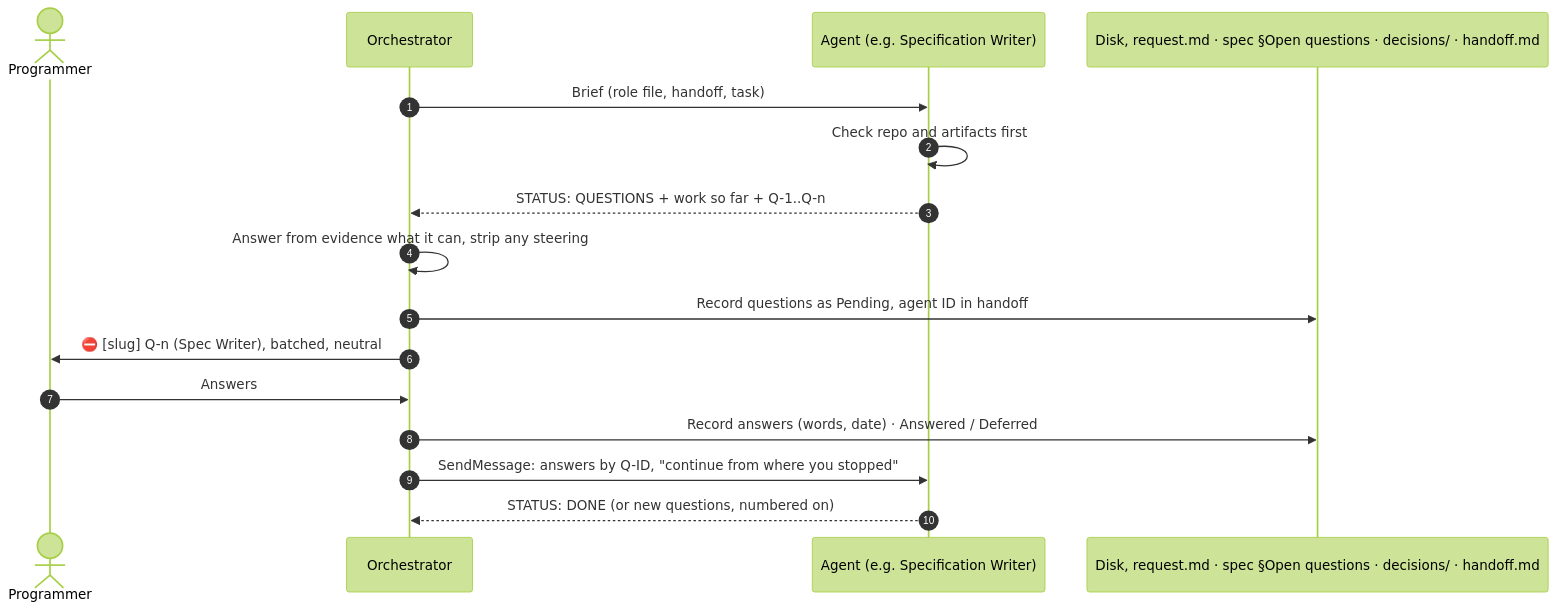
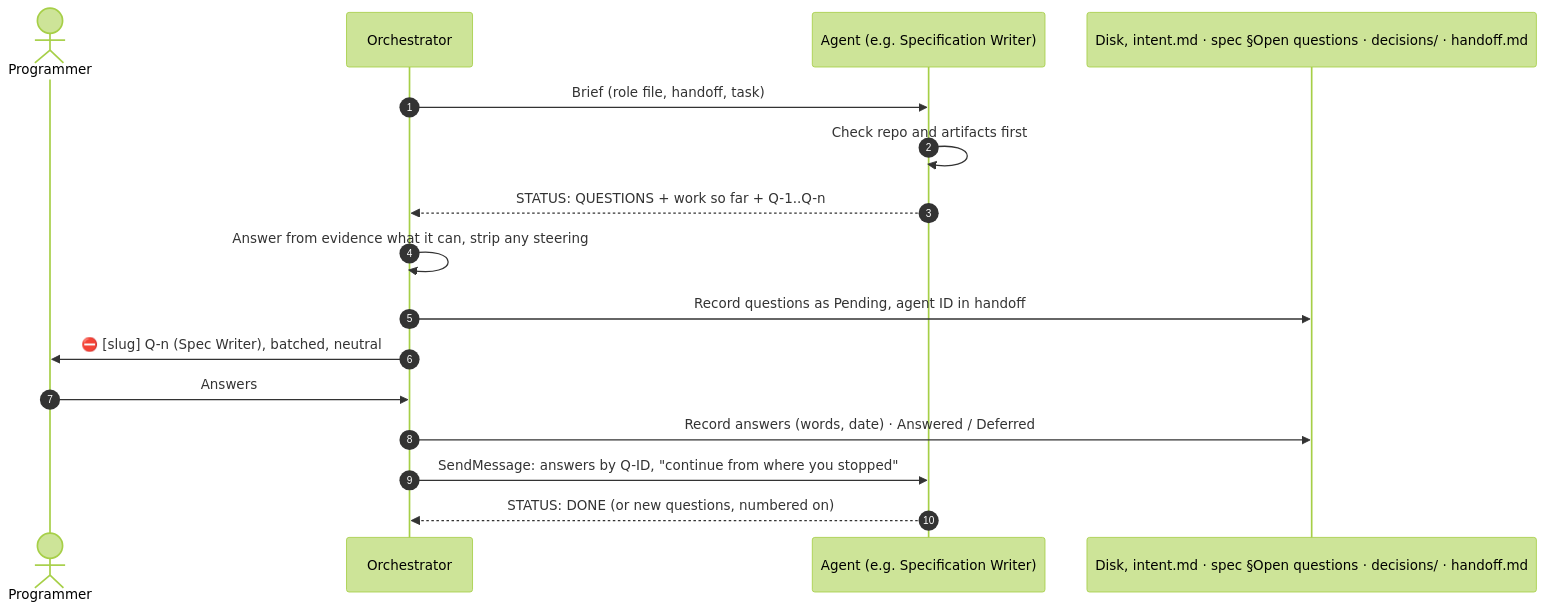
Before and after one commit to mariopedemonte12/claude-feature-workflow: the sixth of 11 diagrams in docs/architecture.md, drawn with Mermaid (forest theme). The commit also changed other lines of this file and 18 other files, not shown here.

First line of the commit message:
Keep an evolving intent record instead of a fixed request

````diff
--- a/docs/architecture.md
+++ b/docs/architecture.md
@@ -233,19 +233,19 @@
 ```mermaid
 sequenceDiagram
     autonumber
     actor P as Programmer
     participant O as Orchestrator
     participant A as Agent (e.g. Specification Writer)
-    participant D as Disk, request.md · spec §Open questions · decisions/ · handoff.md
+    participant D as Disk, intent.md · spec §Open questions · decisions/ · handoff.md
 
     O->>A: Brief (role file, handoff, task)
     A->>A: Check repo and artifacts first
     A-->>O: STATUS: QUESTIONS + work so far + Q-1..Q-n
     O->>O: Answer from evidence what it can, strip any steering
     O->>D: Record questions as Pending, agent ID in handoff
     O->>P: ⛔ [slug] Q-n (Spec Writer), batched, neutral
     P->>O: Answers
     O->>D: Record answers (words, date) · Answered / Deferred
     O->>A: SendMessage: answers by Q-ID, "continue from where you stopped"
     A-->>O: STATUS: DONE (or new questions, numbered on)
 ```
````
